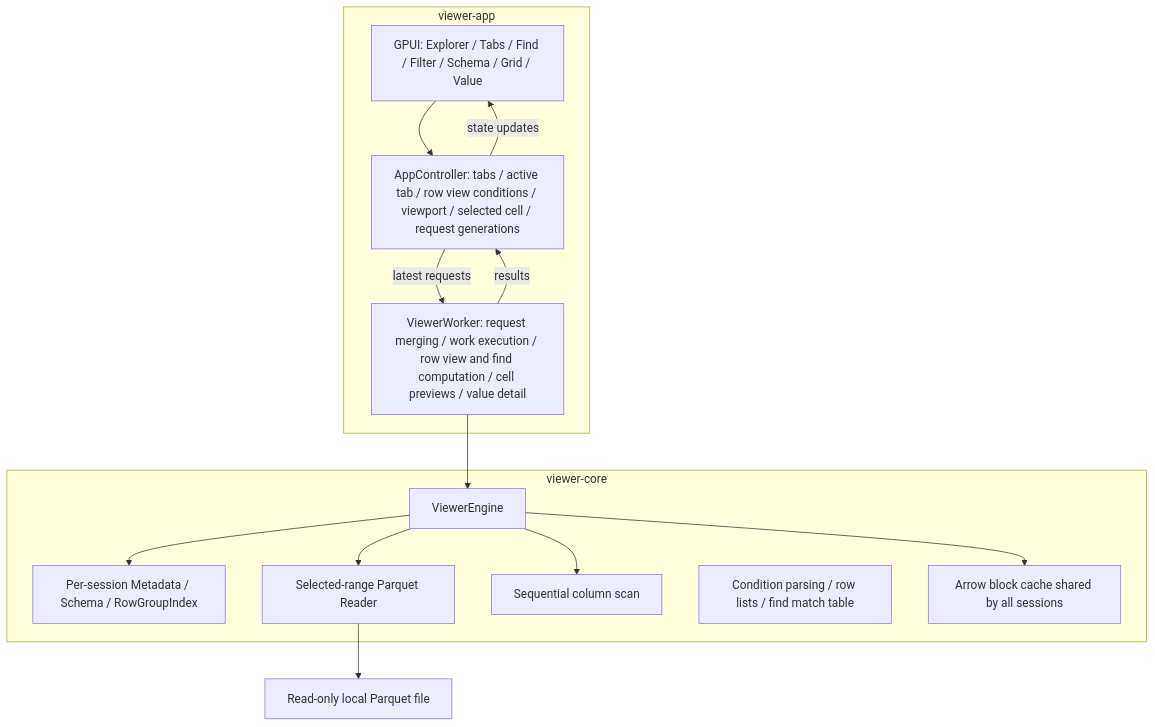
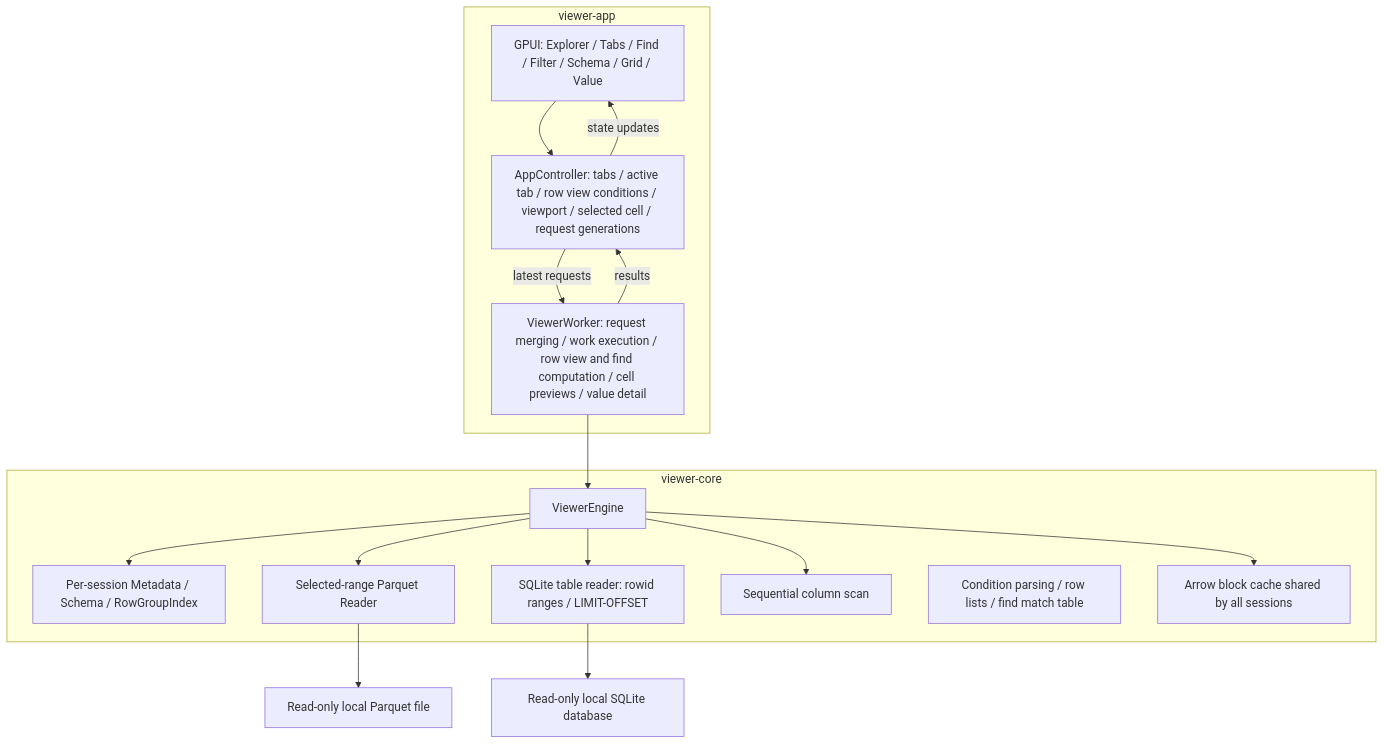
The diagram in architecture.md (GreenWojaKK/TPUI), drawn with Mermaid before and after one commit. The commit also changed other lines of this file and 16 other files, not shown here.

First line of the commit message:
Open SQLite tables read-only

````diff
--- a/architecture.md
+++ b/architecture.md
@@ -172,26 +181,29 @@
 ```mermaid
 flowchart TB
     subgraph App[viewer-app]
         UI[GPUI: Explorer / Tabs / Find / Filter / Schema / Grid / Value]
         Controller[AppController: tabs / active tab / row view conditions / viewport / selected cell / request generations]
         Worker[ViewerWorker: request merging / work execution / row view and find computation / cell previews / value detail]
         UI --> Controller
         Controller -->|latest requests| Worker
         Worker -->|results| Controller
         Controller -->|state updates| UI
     end
     subgraph Core[viewer-core]
         Engine[ViewerEngine]
         Metadata[Per-session Metadata / Schema / RowGroupIndex]
         Reader[Selected-range Parquet Reader]
+        Sqlite[SQLite table reader: rowid ranges / LIMIT-OFFSET]
         Scan[Sequential column scan]
         View[Condition parsing / row lists / find match table]
         Cache[Arrow block cache shared by all sessions]
         Engine --> Metadata
         Engine --> Reader
+        Engine --> Sqlite
         Engine --> Scan
         Engine --> Cache
     end
     Worker --> Engine
     Reader --> File[Read-only local Parquet file]
+    Sqlite --> Db[Read-only local SQLite database]
 ```
````
